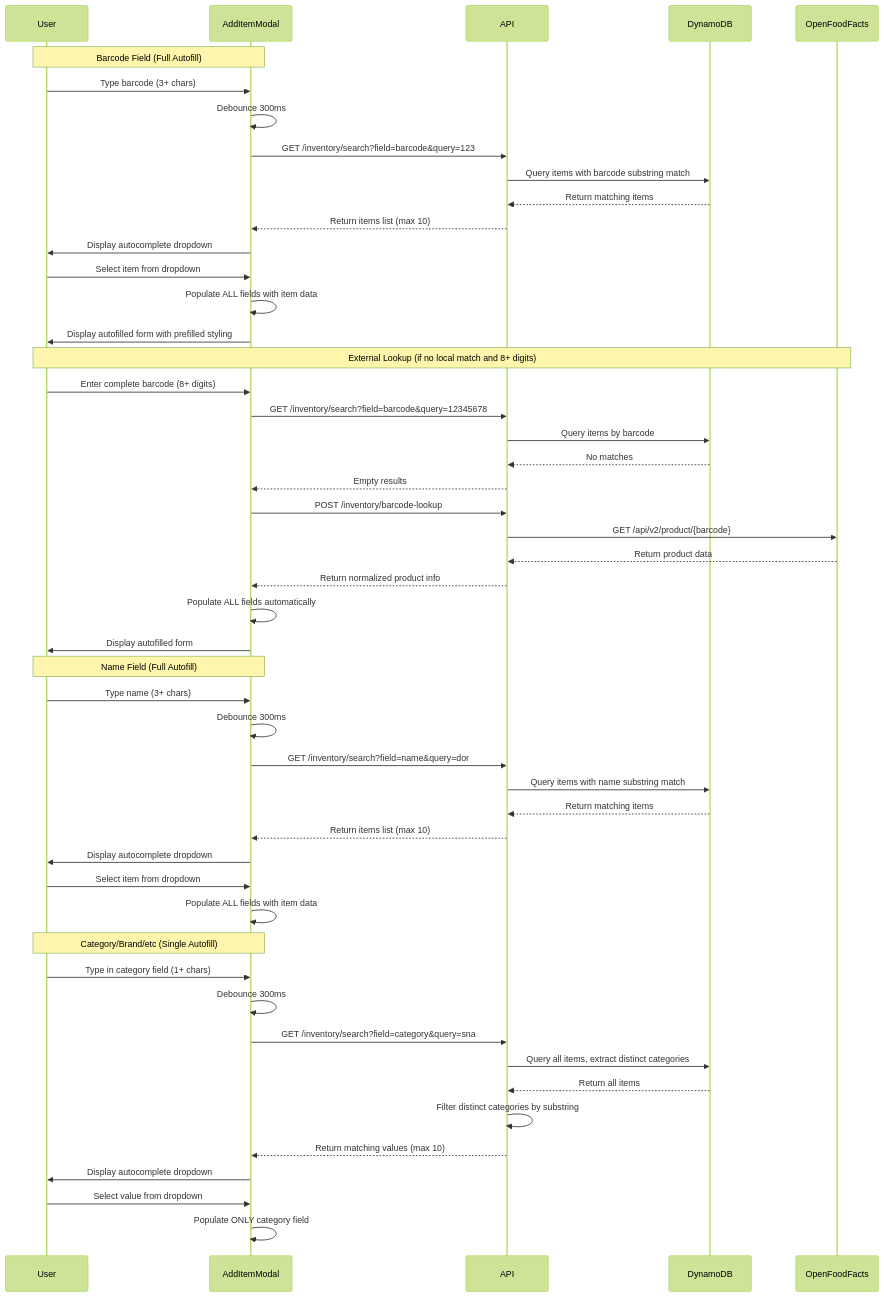
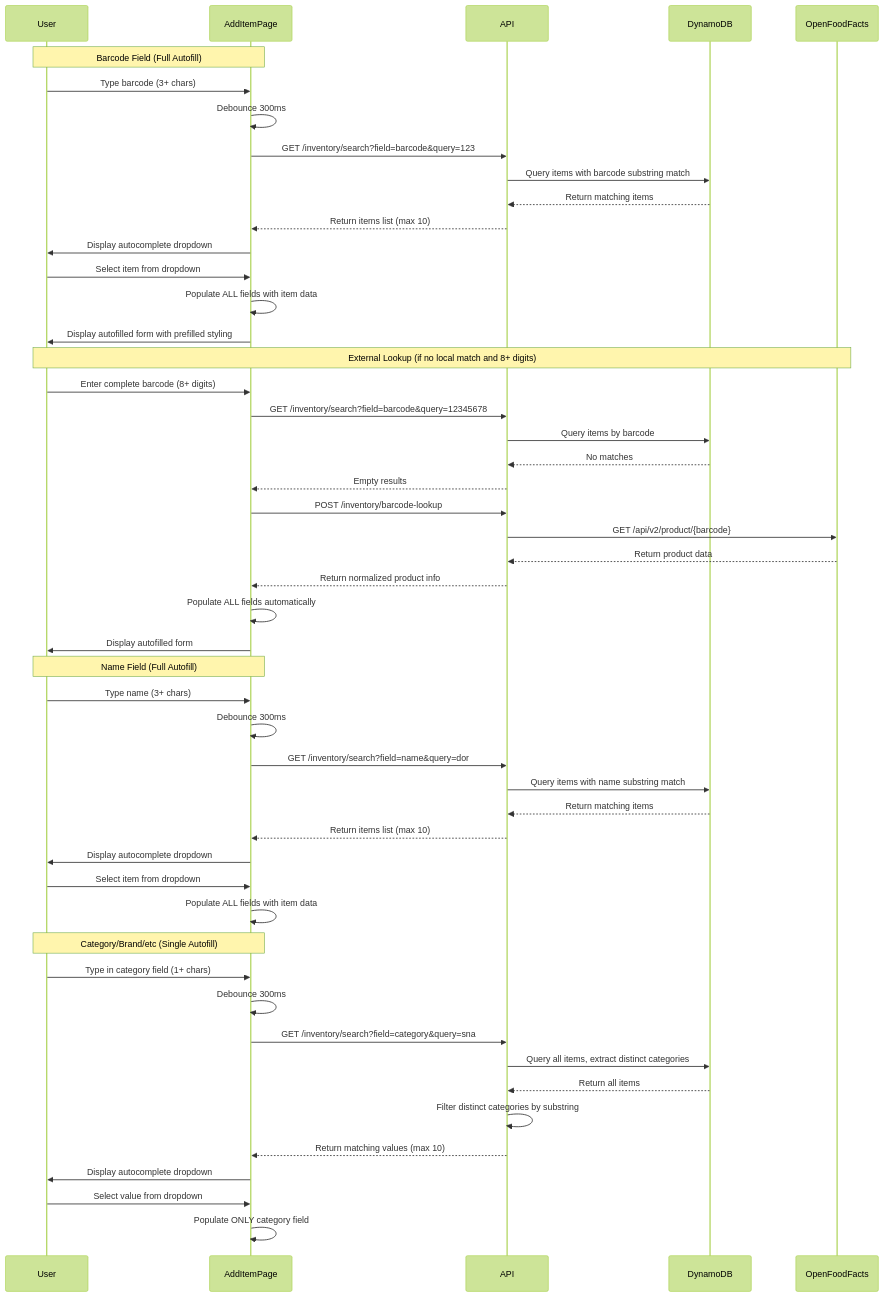
The diagram in .kiro/specs/barcode-autofill/design.md (saintiago/pantry-tracking-app), drawn with Mermaid (forest theme) before and after one commit. The commit also changed other lines of this file and 53 other files, not shown here.

````diff
--- a/.kiro/specs/barcode-autofill/design.md
+++ b/.kiro/specs/barcode-autofill/design.md
@@ -79,57 +79,57 @@
 ```mermaid
 sequenceDiagram
     participant User
-    participant AddItemModal
+    participant AddItemPage
     participant API
     participant DynamoDB
     participant OpenFoodFacts
 
-    Note over User,AddItemModal: Barcode Field (Full Autofill)
-    User->>AddItemModal: Type barcode (3+ chars)
-    AddItemModal->>AddItemModal: Debounce 300ms
-    AddItemModal->>API: GET /inventory/search?field=barcode&query=123
+    Note over User,AddItemPage: Barcode Field (Full Autofill)
+    User->>AddItemPage: Type barcode (3+ chars)
+    AddItemPage->>AddItemPage: Debounce 300ms
+    AddItemPage->>API: GET /inventory/search?field=barcode&query=123
     API->>DynamoDB: Query items with barcode substring match
     DynamoDB-->>API: Return matching items
-    API-->>AddItemModal: Return items list (max 10)
-    AddItemModal->>User: Display autocomplete dropdown
+    API-->>AddItemPage: Return items list (max 10)
+    AddItemPage->>User: Display autocomplete dropdown
     
-    User->>AddItemModal: Select item from dropdown
-    AddItemModal->>AddItemModal: Populate ALL fields with item data
-    AddItemModal->>User: Display autofilled form with prefilled styling
+    User->>AddItemPage: Select item from dropdown
+    AddItemPage->>AddItemPage: Populate ALL fields with item data
+    AddItemPage->>User: Display autofilled form with prefilled styling
 
     Note over User,OpenFoodFacts: External Lookup (if no local match and 8+ digits)
-    User->>AddItemModal: Enter complete barcode (8+ digits)
-    AddItemModal->>API: GET /inventory/search?field=barcode&query=12345678
+    User->>AddItemPage: Enter complete barcode (8+ digits)
+    AddItemPage->>API: GET /inventory/search?field=barcode&query=12345678
     API->>DynamoDB: Query items by barcode
     DynamoDB-->>API: No matches
-    API-->>AddItemModal: Empty results
-    AddItemModal->>API: POST /inventory/barcode-lookup
+    API-->>AddItemPage: Empty results
+    AddItemPage->>API: POST /inventory/barcode-lookup
     API->>OpenFoodFacts: GET /api/v2/product/{barcode}
     OpenFoodFacts-->>API: Return product data
-    API-->>AddItemModal: Return normalized product info
-    AddItemModal->>AddItemModal: Populate ALL fields automatically
-    AddItemModal->>User: Display autofilled form
+    API-->>AddItemPage: Return normalized product info
+    AddItemPage->>AddItemPage: Populate ALL fields automatically
+    AddItemPage->>User: Display autofilled form
 
-    Note over User,AddItemModal: Name Field (Full Autofill)
-    User->>AddItemModal: Type name (3+ chars)
-    AddItemModal->>AddItemModal: Debounce 300ms
-    AddItemModal->>API: GET /inventory/search?field=name&query=dor
+    Note over User,AddItemPage: Name Field (Full Autofill)
+    User->>AddItemPage: Type name (3+ chars)
+    AddItemPage->>AddItemPage: Debounce 300ms
+    AddItemPage->>API: GET /inventory/search?field=name&query=dor
     API->>DynamoDB: Query items with name substring match
     DynamoDB-->>API: Return matching items
-    API-->>AddItemModal: Return items list (max 10)
-    AddItemModal->>User: Display autocomplete dropdown
-    User->>AddItemModal: Select item from dropdown
-    AddItemModal->>AddItemModal: Populate ALL fields with item data
+    API-->>AddItemPage: Return items list (max 10)
+    AddItemPage->>User: Display autocomplete dropdown
+    User->>AddItemPage: Select item from dropdown
+    AddItemPage->>AddItemPage: Populate ALL fields with item data
 
-    Note over User,AddItemModal: Category/Brand/etc (Single Autofill)
-    User->>AddItemModal: Type in category field (1+ chars)
-    AddItemModal->>AddItemModal: Debounce 300ms
-    AddItemModal->>API: GET /inventory/search?field=category&query=sna
+    Note over User,AddItemPage: Category/Brand/etc (Single Autofill)
+    User->>AddItemPage: Type in category field (1+ chars)
+    AddItemPage->>AddItemPage: Debounce 300ms
+    AddItemPage->>API: GET /inventory/search?field=category&query=sna
     API->>DynamoDB: Query all items, extract distinct categories
     DynamoDB-->>API: Return all items
     API->>API: Filter distinct categories by substring
-    API-->>AddItemModal: Return matching values (max 10)
-    AddItemModal->>User: Display autocomplete dropdown
-    User->>AddItemModal: Select value from dropdown
-    AddItemModal->>AddItemModal: Populate ONLY category field
+    API-->>AddItemPage: Return matching values (max 10)
+    AddItemPage->>User: Display autocomplete dropdown
+    User->>AddItemPage: Select value from dropdown
+    AddItemPage->>AddItemPage: Populate ONLY category field
 ```
````
